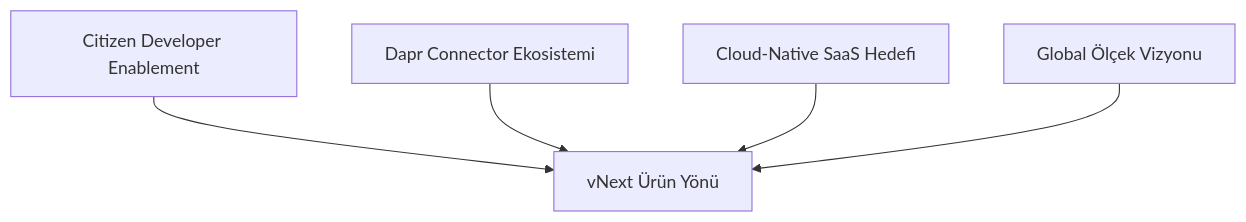
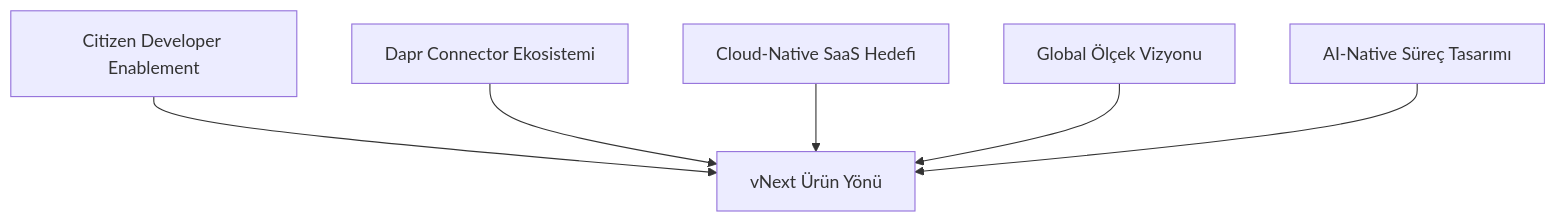
The first of 2 diagrams in product/direction-scope/index.md (burgan-tech/vnext-docs), drawn with Mermaid before and after one commit. The commit also changed other lines of this file and 6 other files, not shown here.

````diff
--- a/product/direction-scope/index.md
+++ b/product/direction-scope/index.md
@@ -13,12 +13,14 @@
 ```mermaid
 graph TB
     D1[Citizen Developer Enablement]
     D2[Dapr Connector Ekosistemi]
     D3[Cloud-Native SaaS Hedefi]
     D4[Global Ölçek Vizyonu]
+    D5[AI-Native Süreç Tasarımı]
     P[vNext Ürün Yönü]
     D1 --> P
     D2 --> P
     D3 --> P
     D4 --> P
+    D5 --> P
 ```
````
